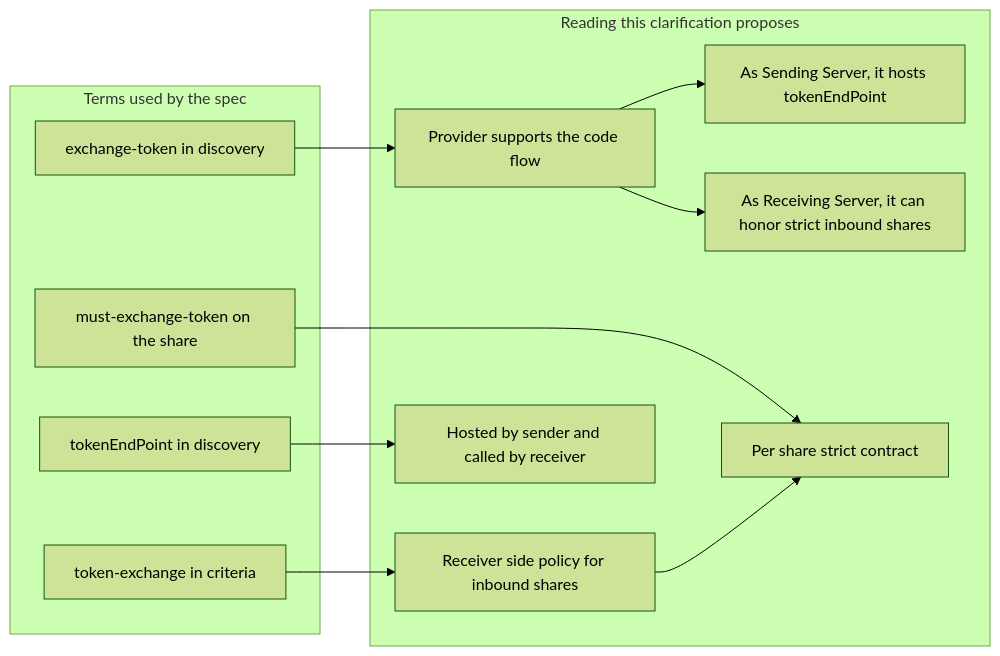
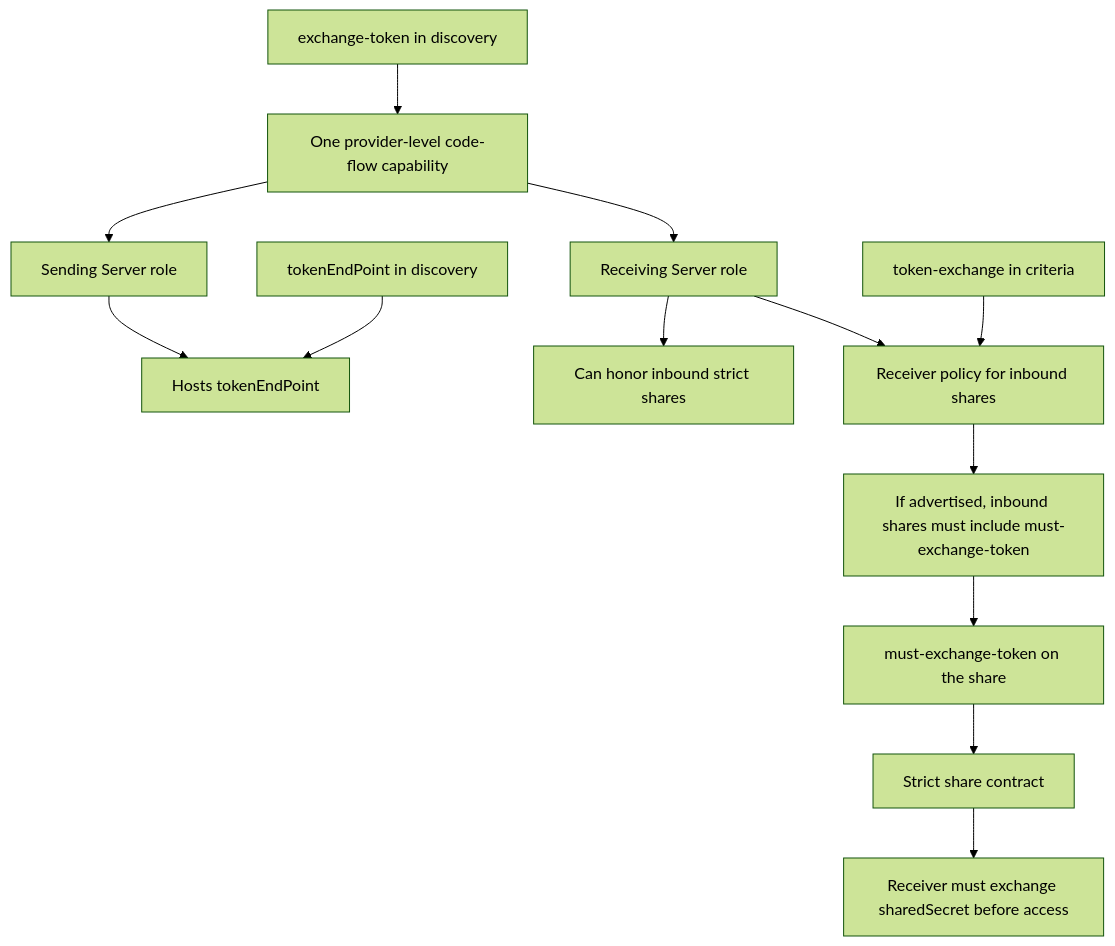
Before and after one commit to cs3org/OCM-API: the diagram in diagrams/code-flow-role-binding.md, drawn with Mermaid (forest theme).

Commit message:
docs(diagrams): add code flow clarification maps

````diff
--- a/diagrams/code-flow-role-binding.md
+++ b/diagrams/code-flow-role-binding.md
@@ -1,26 +1,23 @@
 ```mermaid
-flowchart LR
-    subgraph A["Terms used by the spec"]
-        A1["exchange-token in discovery"]
-        A2["token-exchange in criteria"]
-        A3["must-exchange-token on the share"]
-        A4["tokenEndPoint in discovery"]
-    end
+flowchart TD
+    ET["exchange-token in discovery"]
+    TX["token-exchange in criteria"]
+    EP["tokenEndPoint in discovery"]
+    MS["must-exchange-token on the share"]
 
-    subgraph B["Reading this clarification proposes"]
-        B1["Provider supports the code flow"]
-        B2["As Sending Server, it hosts tokenEndPoint"]
-        B3["As Receiving Server, it can honor strict inbound shares"]
-        B4["Receiver side policy for inbound shares"]
-        B5["Per share strict contract"]
-        B6["Hosted by sender and called by receiver"]
-    end
+    ET --> P["One provider-level code-flow capability"]
+    P --> S["Sending Server role"]
+    P --> R["Receiving Server role"]
 
-    A1 --> B1
-    B1 --> B2
-    B1 --> B3
-    A2 --> B4
-    A3 --> B5
-    A4 --> B6
-    B4 --> B5
+    S --> S1["Hosts tokenEndPoint"]
+    EP --> S1
+
+    R --> R1["Can honor inbound strict shares"]
+    R --> R2["Receiver policy for inbound shares"]
+    TX --> R2
+    R2 --> R3["If advertised, inbound shares must include must-exchange-token"]
+    R3 --> MS
+
+    MS --> M1["Strict share contract"]
+    M1 --> M2["Receiver must exchange sharedSecret before access"]
 ```
````
